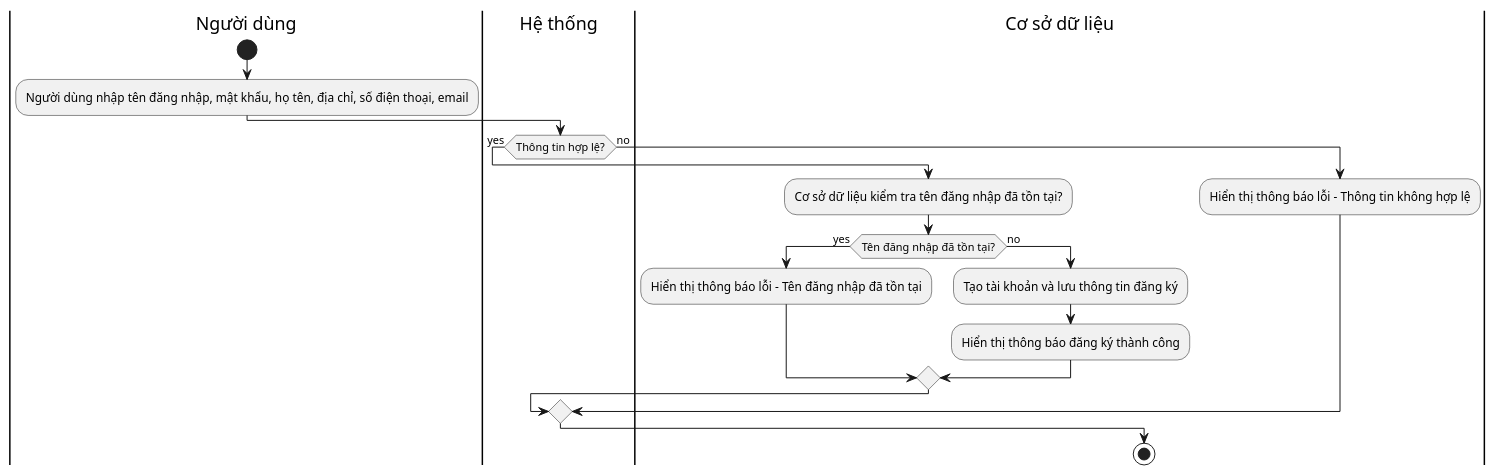
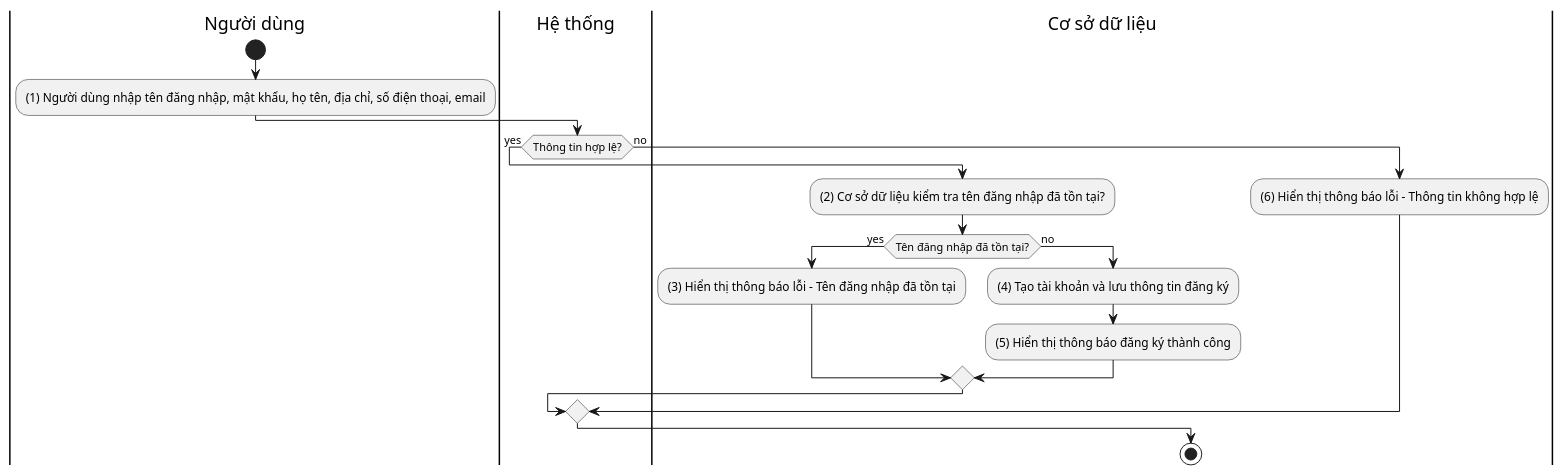
One commit to Khoitran0205/SE357-Pratice-class changed the diagram in lab1.2/activity_diagrams/register.plantuml. Above: the diagram before and after it, drawn with PlantUML. The commit also changed 10 other files, not shown here.

```diff
--- a/lab1.2/activity_diagrams/register.plantuml
+++ b/lab1.2/activity_diagrams/register.plantuml
@@ -1,22 +1,22 @@
 @startuml register_activity_diagram
 
 |Người dùng|
 start
-:Người dùng nhập tên đăng nhập, mật khẩu, họ tên, địa chỉ, số điện thoại, email;
+:(1) Người dùng nhập tên đăng nhập, mật khẩu, họ tên, địa chỉ, số điện thoại, email;
 |Hệ thống|
 if (Thông tin hợp lệ?) then (yes)
   |Cơ sở dữ liệu|
-  :Cơ sở dữ liệu kiểm tra tên đăng nhập đã tồn tại?;
+  :(2) Cơ sở dữ liệu kiểm tra tên đăng nhập đã tồn tại?;
   if (Tên đăng nhập đã tồn tại?) then (yes)
-    :Hiển thị thông báo lỗi - Tên đăng nhập đã tồn tại;
+    :(3) Hiển thị thông báo lỗi - Tên đăng nhập đã tồn tại;
   else (no)
-    :Tạo tài khoản và lưu thông tin đăng ký;
-    :Hiển thị thông báo đăng ký thành công;
+    :(4) Tạo tài khoản và lưu thông tin đăng ký;
+    :(5) Hiển thị thông báo đăng ký thành công;
   endif
 else (no)
-  :Hiển thị thông báo lỗi - Thông tin không hợp lệ;
+  :(6) Hiển thị thông báo lỗi - Thông tin không hợp lệ;
 endif
 
 stop
 
 @enduml
```
